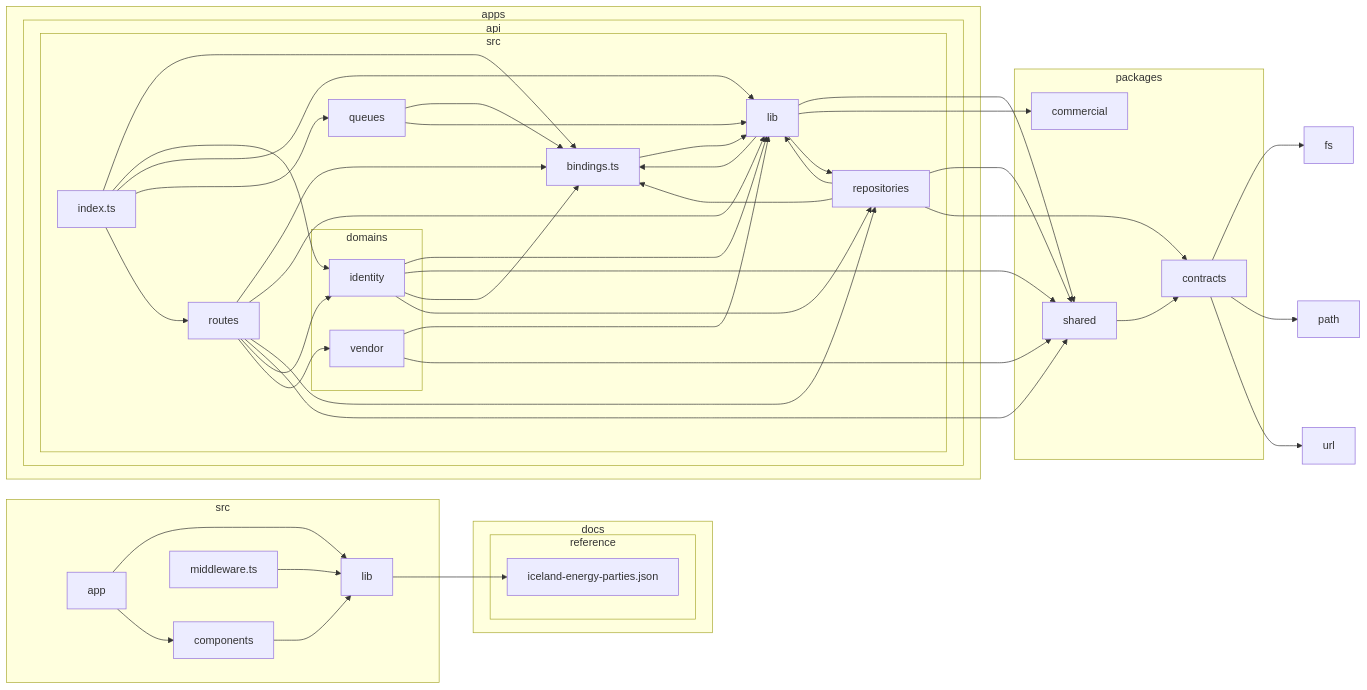
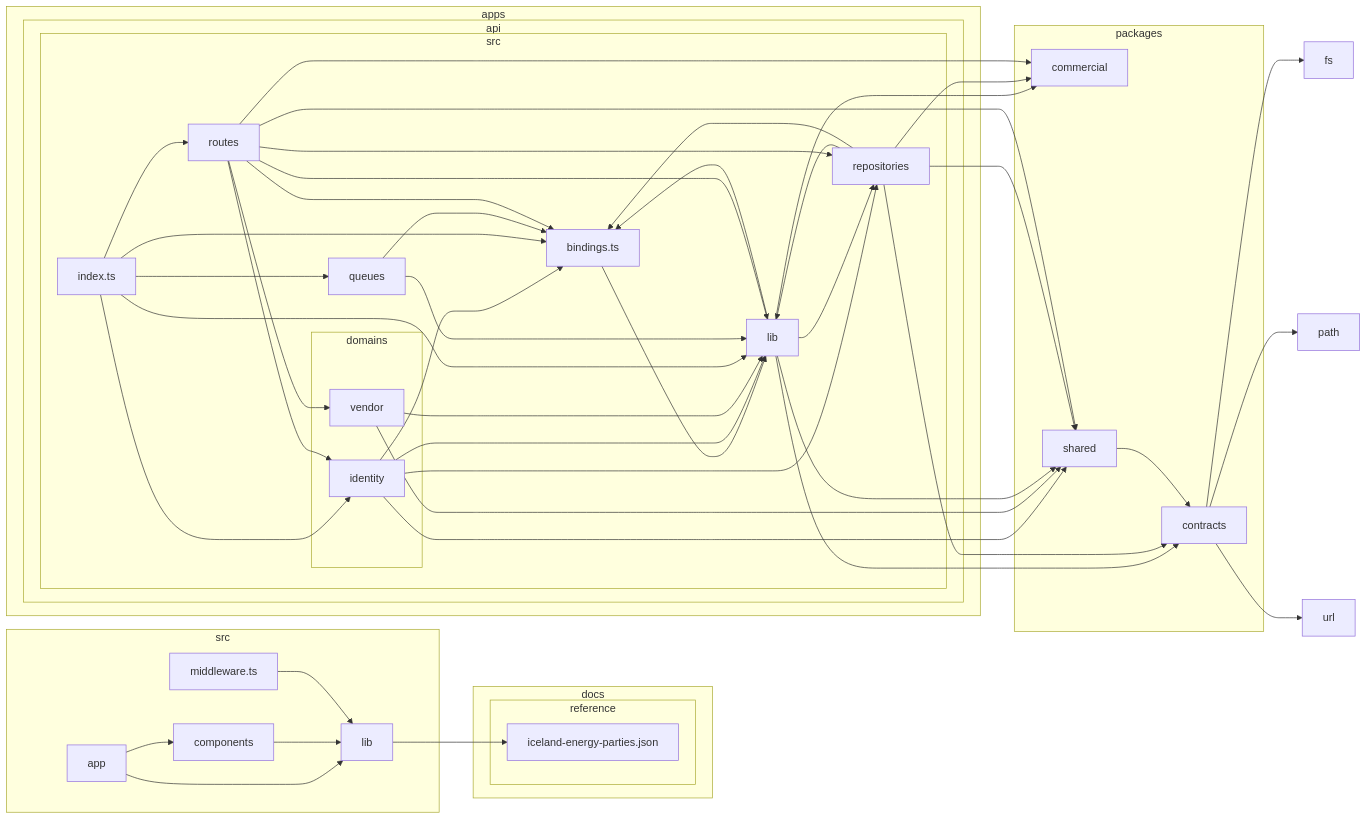
One commit to andri187/Straumvakt changed the diagram in docs/architecture/dependency-graph.md. Above: the diagram before and after it, drawn with Mermaid.

Commit message:
chore(assembly): regenerate the dependency graph after the merge
Taken as --ours during conflict resolution because it is generated; this is
the regenerated form covering both lanes' modules.

````diff
--- a/docs/architecture/dependency-graph.md
+++ b/docs/architecture/dependency-graph.md
@@ -25,76 +25,79 @@
 ```mermaid
 flowchart LR
 
 subgraph 0["apps"]
 subgraph 1["api"]
 subgraph 2["src"]
 3["bindings.ts"]
 subgraph 4["domains"]
 5["identity"]
 6["vendor"]
 end
 7["index.ts"]
 8["lib"]
 9["queues"]
 A["repositories"]
 B["routes"]
 end
 end
 end
 subgraph C["docs"]
 subgraph D["reference"]
 E["iceland-energy-parties.json"]
 end
 end
 F["fs"]
 subgraph G["packages"]
 H["commercial"]
 I["contracts"]
 J["shared"]
 end
 K["path"]
 subgraph L["src"]
 M["app"]
 N["components"]
 O["lib"]
 P["middleware.ts"]
 end
 Q["url"]
 3-->8
 5-->8
 5-->J
 5-->3
 5-->A
 6-->8
 6-->J
 7-->3
 7-->5
 7-->8
 7-->9
 7-->B
 8-->3
 8-->J
 8-->H
 8-->A
+8-->I
 9-->3
 9-->8
 A-->8
 A-->J
 A-->3
+A-->H
 A-->I
 B-->3
 B-->8
 B-->A
 B-->J
+B-->H
 B-->5
 B-->6
 I-->F
 I-->K
 I-->Q
 J-->I
 M-->O
 M-->N
 N-->O
 O-->E
 P-->O
 ```
````
